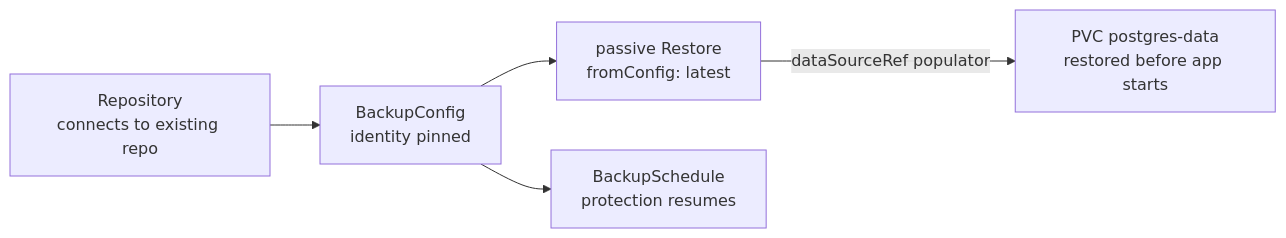
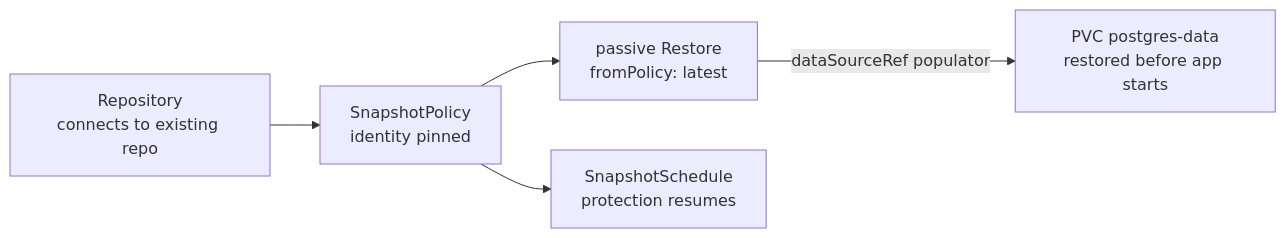
Before and after one commit to perfectra1n/kopiur: the diagram in docs/scenarios/disaster-recovery.md, drawn with Mermaid. The commit also changed other lines of this file and 178 other files, not shown here.

````diff
--- a/docs/scenarios/disaster-recovery.md
+++ b/docs/scenarios/disaster-recovery.md
@@ -51,7 +51,7 @@
 ```mermaid
 flowchart LR
-  R[Repository<br/>connects to existing repo] --> BC[BackupConfig<br/>identity pinned]
-  BC --> RS[passive Restore<br/>fromConfig: latest]
+  R[Repository<br/>connects to existing repo] --> BC[SnapshotPolicy<br/>identity pinned]
+  BC --> RS[passive Restore<br/>fromPolicy: latest]
   RS -->|dataSourceRef populator| PVC[PVC postgres-data<br/>restored before app starts]
-  BC --> SCH[BackupSchedule<br/>protection resumes]
+  BC --> SCH[SnapshotSchedule<br/>protection resumes]
 ```
````
